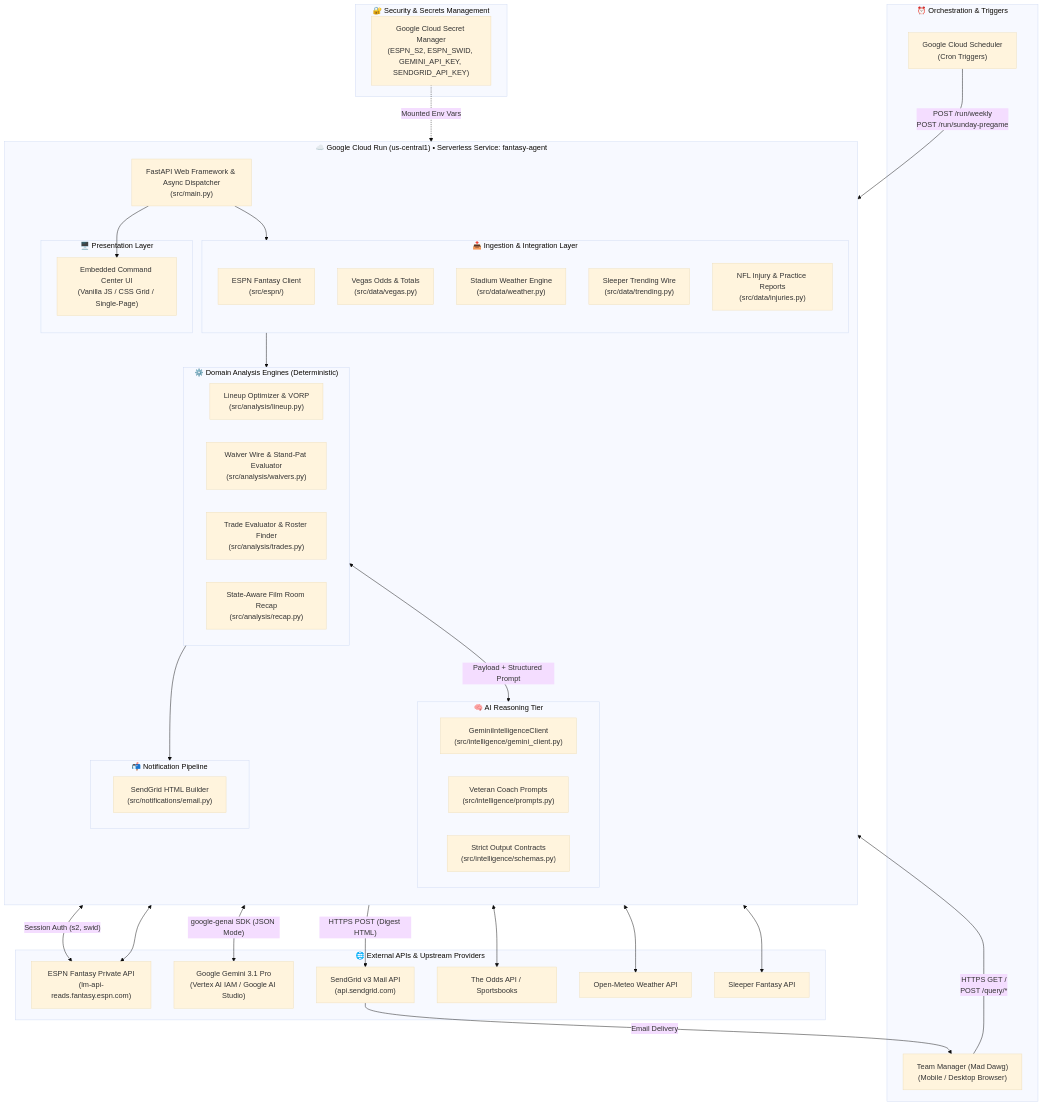
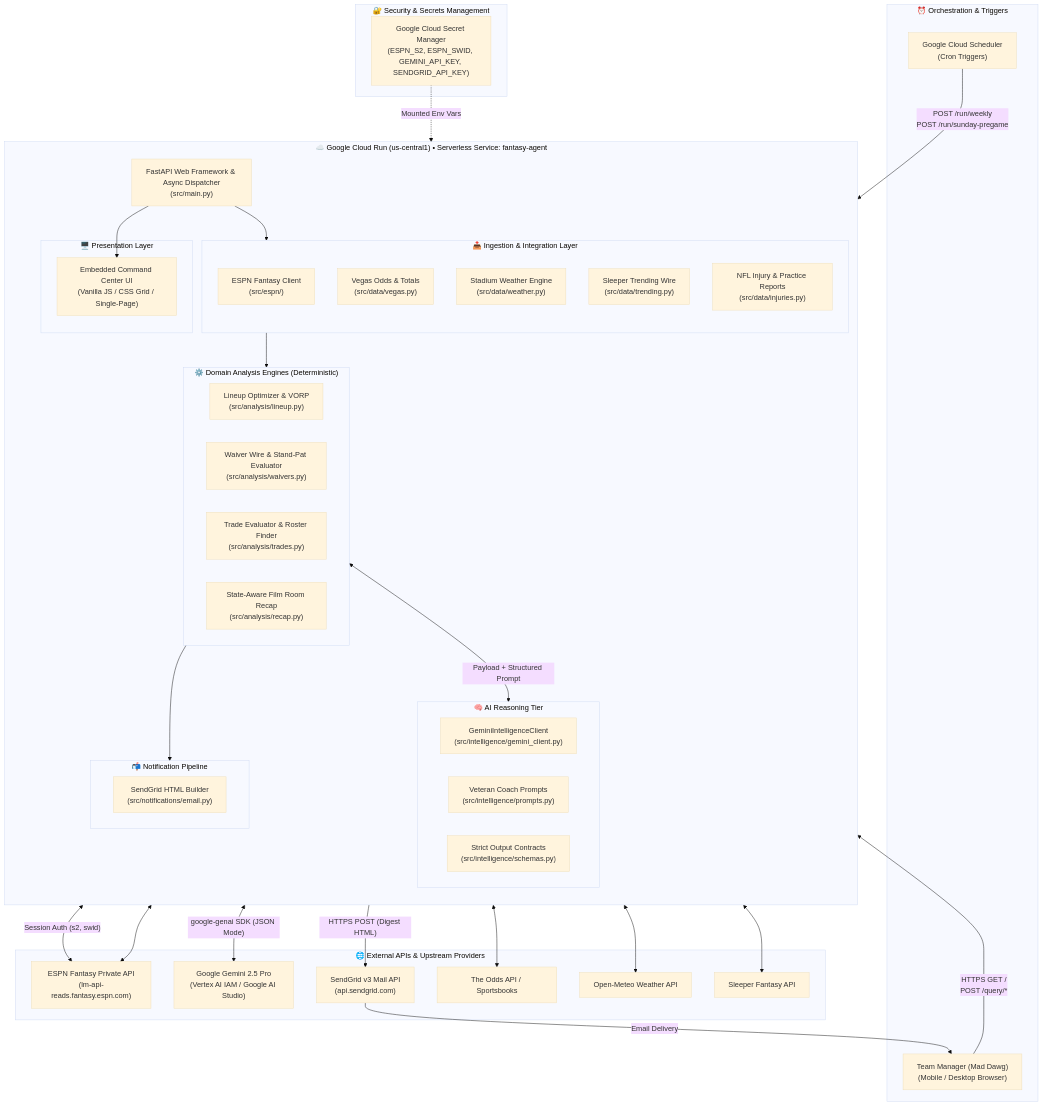
One commit to damiththa/nfl-fantasy-football-agent changed the first of 3 diagrams in ARCHITECTURE.md. Above: the diagram before and after it, drawn with Mermaid (base theme). The commit also changed other lines of this file and 12 other files, not shown here.

Commit message:
fix(gemini): revert to gemini-2.5-pro for Vertex AI compatibility and add startup health validation

````diff
--- a/ARCHITECTURE.md
+++ b/ARCHITECTURE.md
@@ -37,80 +37,80 @@
 ```mermaid
 flowchart TB
     subgraph Trigger_Layer ["⏰ Orchestration & Triggers"]
         CS["Google Cloud Scheduler<br/>(Cron Triggers)"]
         User["Team Manager (Mad Dawg)<br/>(Mobile / Desktop Browser)"]
     end
 
     subgraph GCP_Cloud_Run ["☁️ Google Cloud Run (us-central1) • Serverless Service: fantasy-agent"]
         direction TB
         FastAPI["FastAPI Web Framework & Async Dispatcher<br/>(src/main.py)"]
         
         subgraph Web_UI ["🖥️ Presentation Layer"]
             Dashboard["Embedded Command Center UI<br/>(Vanilla JS / CSS Grid / Single-Page)"]
         end
 
         subgraph Ingestion_Adapters ["📥 Ingestion & Integration Layer"]
             ESPNClient["ESPN Fantasy Client<br/>(src/espn/)"]
             VegasAdapter["Vegas Odds & Totals<br/>(src/data/vegas.py)"]
             WeatherAdapter["Stadium Weather Engine<br/>(src/data/weather.py)"]
             SleeperAdapter["Sleeper Trending Wire<br/>(src/data/trending.py)"]
             InjuryAdapter["NFL Injury & Practice Reports<br/>(src/data/injuries.py)"]
         end
 
         subgraph Core_Engines ["⚙️ Domain Analysis Engines (Deterministic)"]
             LineupOpt["Lineup Optimizer & VORP<br/>(src/analysis/lineup.py)"]
             WaiverEval["Waiver Wire & Stand-Pat Evaluator<br/>(src/analysis/waivers.py)"]
             TradeEval["Trade Evaluator & Roster Finder<br/>(src/analysis/trades.py)"]
             RecapEngine["State-Aware Film Room Recap<br/>(src/analysis/recap.py)"]
         end
 
         subgraph AI_Intelligence ["🧠 AI Reasoning Tier"]
             GeminiClient["GeminiIntelligenceClient<br/>(src/intelligence/gemini_client.py)"]
             PromptStore["Veteran Coach Prompts<br/>(src/intelligence/prompts.py)"]
             PydanticSchemas["Strict Output Contracts<br/>(src/intelligence/schemas.py)"]
         end
 
         subgraph Notification_Tier ["📬 Notification Pipeline"]
             EmailEngine["SendGrid HTML Builder<br/>(src/notifications/email.py)"]
         end
     end
 
     subgraph External_Services ["🌐 External APIs & Upstream Providers"]
         ESPN_API["ESPN Fantasy Private API<br/>(lm-api-reads.fantasy.espn.com)"]
-        Gemini_API["Google Gemini 3.1 Pro<br/>(Vertex AI IAM / Google AI Studio)"]
+        Gemini_API["Google Gemini 2.5 Pro<br/>(Vertex AI IAM / Google AI Studio)"]
         SendGrid_API["SendGrid v3 Mail API<br/>(api.sendgrid.com)"]
         Odds_API["The Odds API / Sportsbooks"]
         Weather_API["Open-Meteo Weather API"]
         Sleeper_API["Sleeper Fantasy API"]
     end
 
     subgraph Security_Config ["🔐 Security & Secrets Management"]
         GSM["Google Cloud Secret Manager<br/>(ESPN_S2, ESPN_SWID, GEMINI_API_KEY, SENDGRID_API_KEY)"]
     end
 
     %% Trigger Connections
     CS -->|"POST /run/weekly<br/>POST /run/sunday-pregame"| FastAPI
     User -->|"HTTPS GET /<br/>POST /query/*"| FastAPI
 
     %% Ingestion Connections
     FastAPI --> Ingestion_Adapters
     ESPNClient <-->|"Session Auth (s2, swid)"| ESPN_API
     VegasAdapter <--> Odds_API
     WeatherAdapter <--> Weather_API
     SleeperAdapter <--> Sleeper_API
     InjuryAdapter <--> ESPN_API
 
     %% Core Engine & AI Flow
     Ingestion_Adapters --> Core_Engines
     Core_Engines <-->|"Payload + Structured Prompt"| AI_Intelligence
     AI_Intelligence <-->|"google-genai SDK (JSON Mode)"| Gemini_API
 
     %% Notification Flow
     Core_Engines --> Notification_Tier
     Notification_Tier -->|"HTTPS POST (Digest HTML)"| SendGrid_API
     SendGrid_API -->|"Email Delivery"| User
 
     %% Web UI Response
     FastAPI --> Dashboard
     GSM -.->|"Mounted Env Vars"| GCP_Cloud_Run
 ```
````
